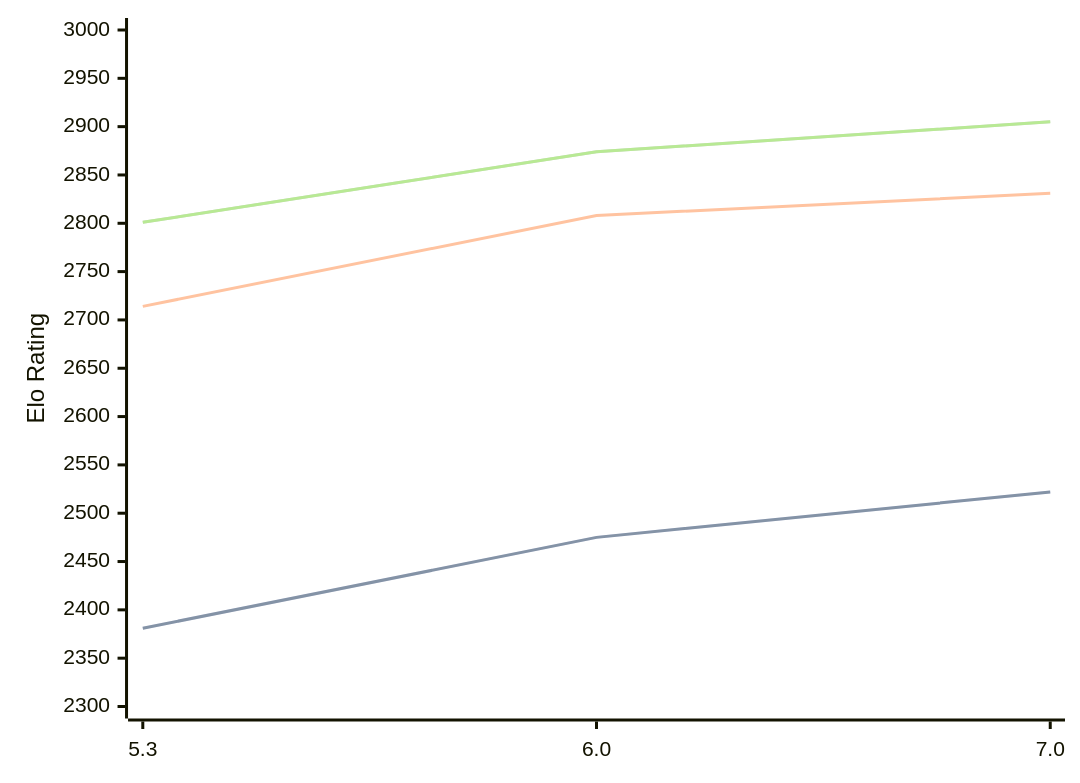
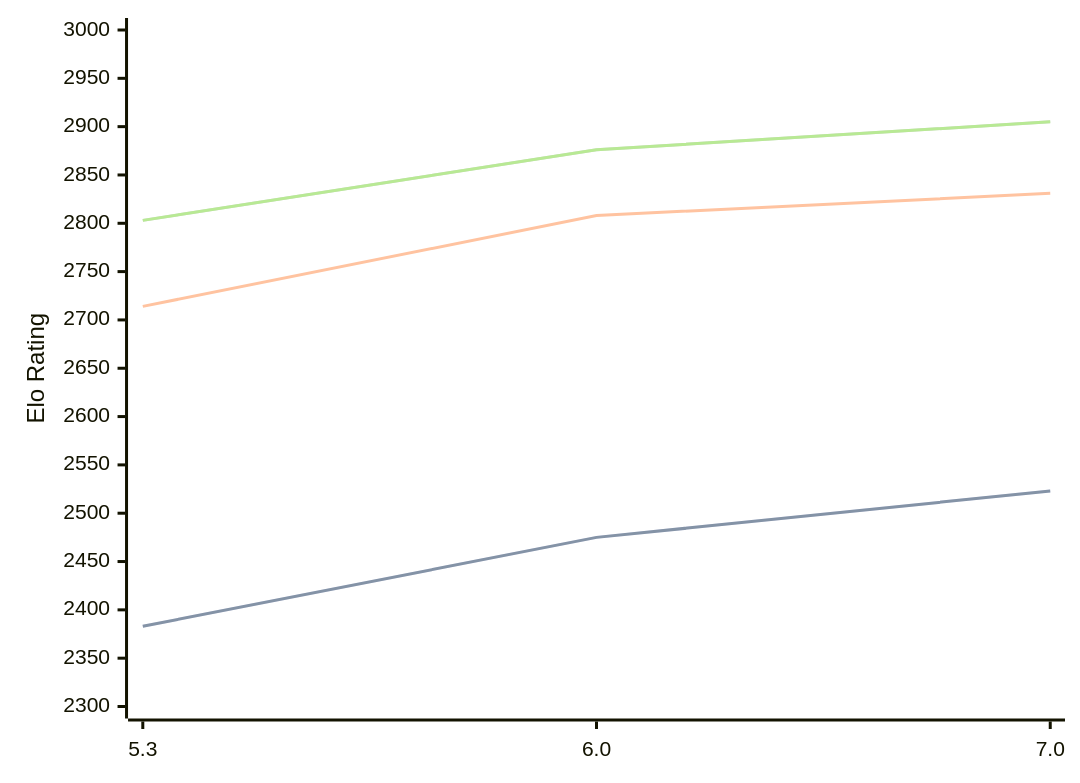
One commit to computer-chess-index/cci changed the diagram in engines/tomitankChess.md. Above: the diagram before and after it, drawn with Mermaid. The commit also changed other lines of this file, not shown here.

Commit message:
Update CCI Ratings (ELO VLTC) - 2026-08-21

````diff
--- a/engines/tomitankChess.md
+++ b/engines/tomitankChess.md
@@ -33,11 +33,11 @@
 ```mermaid
 %%{init: {"theme":"base","themeVariables":{"seriesColors:['#a3a3a3','#222221','#faa371']}}}%%
 xychart-beta
   x-axis ["5.3", "6.0", "7.0"]
   y-axis "Elo Rating" 2300 --> 3000
-  line "STC (8.0+0.08s)" [2381, 2475, 2522]
-  line "STC (8.0+0.08s)" [2381, 2475, 2522]
+  line "STC (8.0+0.08s)" [2383, 2475, 2523]
+  line "STC (8.0+0.08s)" [2383, 2475, 2523]
   line "LTC (60.0+0.60s)" [2714, 2808, 2831]
-  line "VLTC (2m24s+1.12s)" [2801, 2874, 2905]
-  line "VLTC (2m24s+1.12s)" [2801, 2874, 2905]
+  line "VLTC (2m24s+1.12s)" [2803, 2876, 2905]
+  line "VLTC (2m24s+1.12s)" [2803, 2876, 2905]
 ```
````
